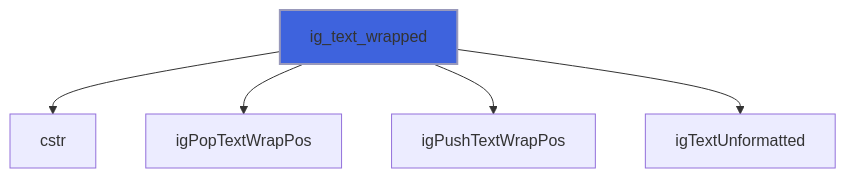
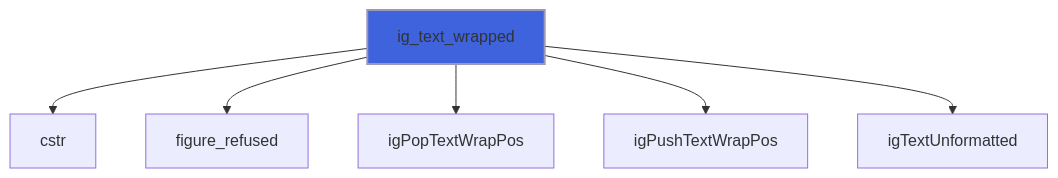
Before and after one commit to szaghi/figure: diagram 12 of 39 in docs/api/src/lib/figure_imgui.md, drawn with Mermaid. The commit also changed other lines of this file and 10 other files, not shown here.

````diff
--- a/docs/api/src/lib/figure_imgui.md
+++ b/docs/api/src/lib/figure_imgui.md
@@ -369,8 +391,9 @@
 ```mermaid
 flowchart TD
   ig_text_wrapped["ig_text_wrapped"] --> cstr["cstr"]
+  ig_text_wrapped["ig_text_wrapped"] --> figure_refused["figure_refused"]
   ig_text_wrapped["ig_text_wrapped"] --> igPopTextWrapPos["igPopTextWrapPos"]
   ig_text_wrapped["ig_text_wrapped"] --> igPushTextWrapPos["igPushTextWrapPos"]
   ig_text_wrapped["ig_text_wrapped"] --> igTextUnformatted["igTextUnformatted"]
   style ig_text_wrapped fill:#3e63dd,stroke:#99b,stroke-width:2px
 ```
````
